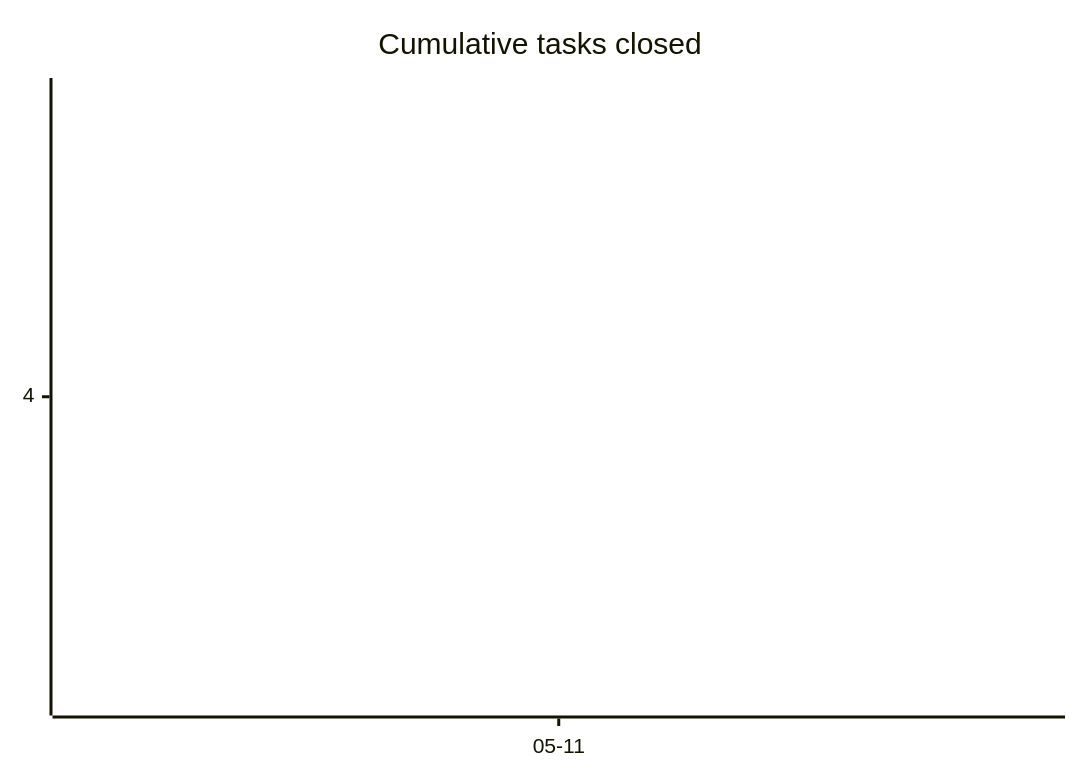
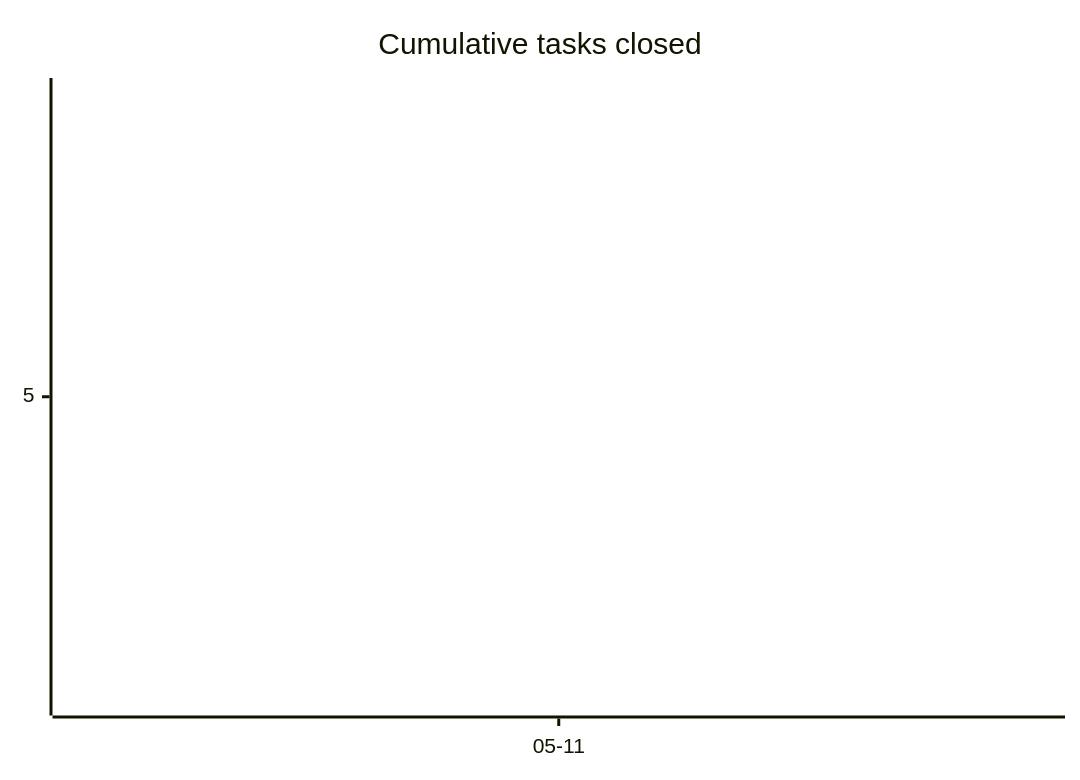
The first of 3 diagrams in docs/developers/tasks/OVERVIEW.md (tgd1975/AwesomeGuitarPedal), drawn with Mermaid before and after one commit. The commit also changed other lines of this file and 3 other files, not shown here.

````diff
--- a/docs/developers/tasks/OVERVIEW.md
+++ b/docs/developers/tasks/OVERVIEW.md
@@ -22,6 +22,6 @@
 ```mermaid
 xychart-beta
     title "Cumulative tasks closed"
     x-axis ["05-11"]
-    line [4]
+    line [5]
 ```
````
